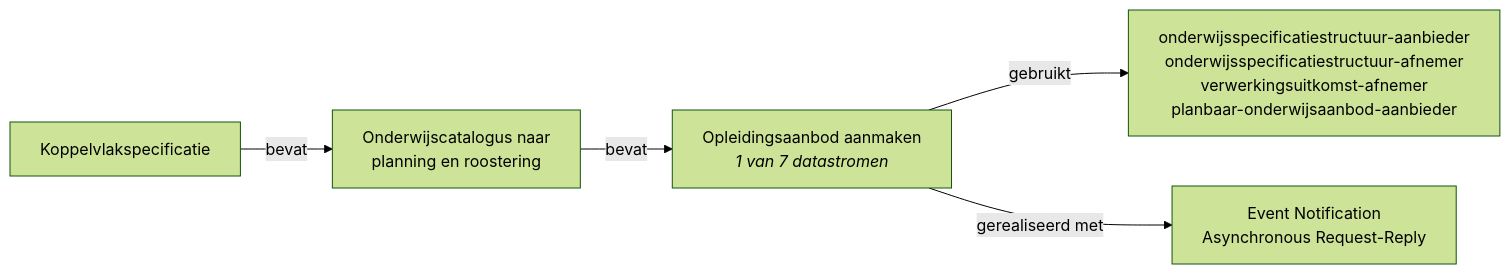
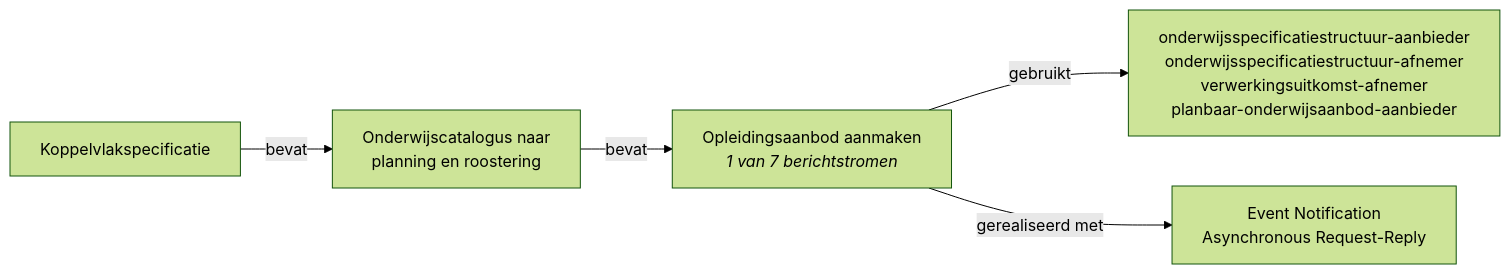
Before and after one commit to Npuls-OKx/meta: the third of 5 diagrams in presentaties/src/260915_kerngroep_techniek.md, drawn with Mermaid (forest theme). The commit also changed other lines of this file, not shown here.

First line of the commit message:
Deck 15 september: berichtstromen in plaats van datastromen

````diff
--- a/presentaties/src/260915_kerngroep_techniek.md
+++ b/presentaties/src/260915_kerngroep_techniek.md
@@ -255,8 +255,8 @@
 ```mermaid {scale: 0.62}
 %%{init: {"flowchart": {"wrappingWidth": 460}}}%%
 flowchart LR
   KV["Koppelvlakspecificatie"] -->|bevat| K["Onderwijscatalogus naar<br/>planning en roostering"]
-  K -->|bevat| D["Opleidingsaanbod aanmaken<br/><i>1 van 7 datastromen</i>"]
+  K -->|bevat| D["Opleidingsaanbod aanmaken<br/><i>1 van 7 berichtstromen</i>"]
   D -->|gebruikt| A["onderwijsspecificatiestructuur-aanbieder<br/>onderwijsspecificatiestructuur-afnemer<br/>verwerkingsuitkomst-afnemer<br/>planbaar-onderwijsaanbod-aanbieder"]
   D -->|gerealiseerd met| I["Event Notification<br/>Asynchronous Request-Reply"]
 ```
````
